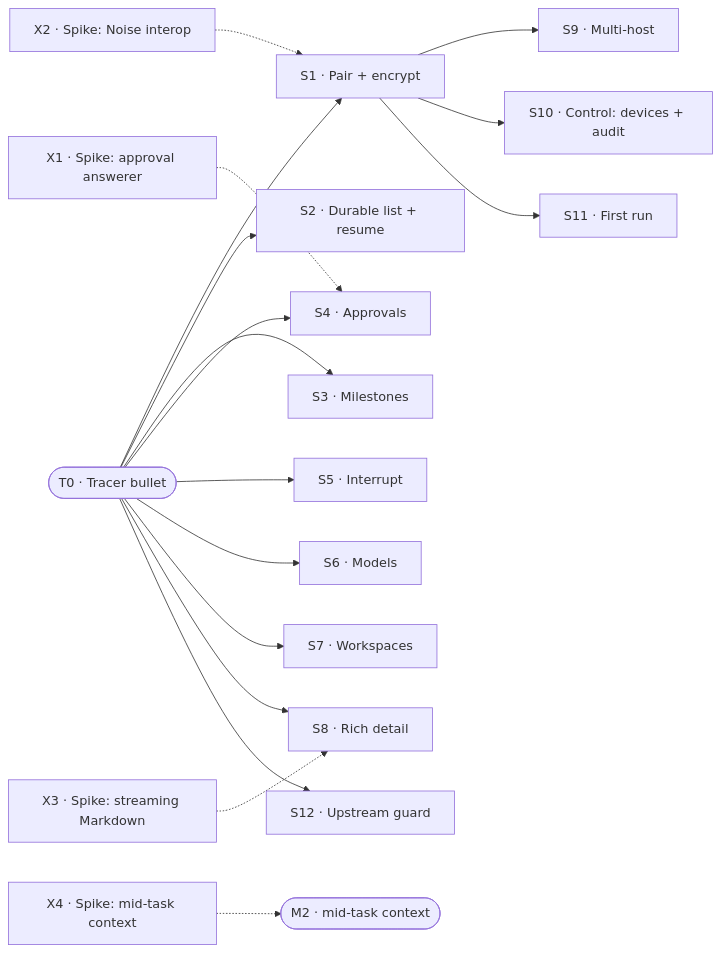
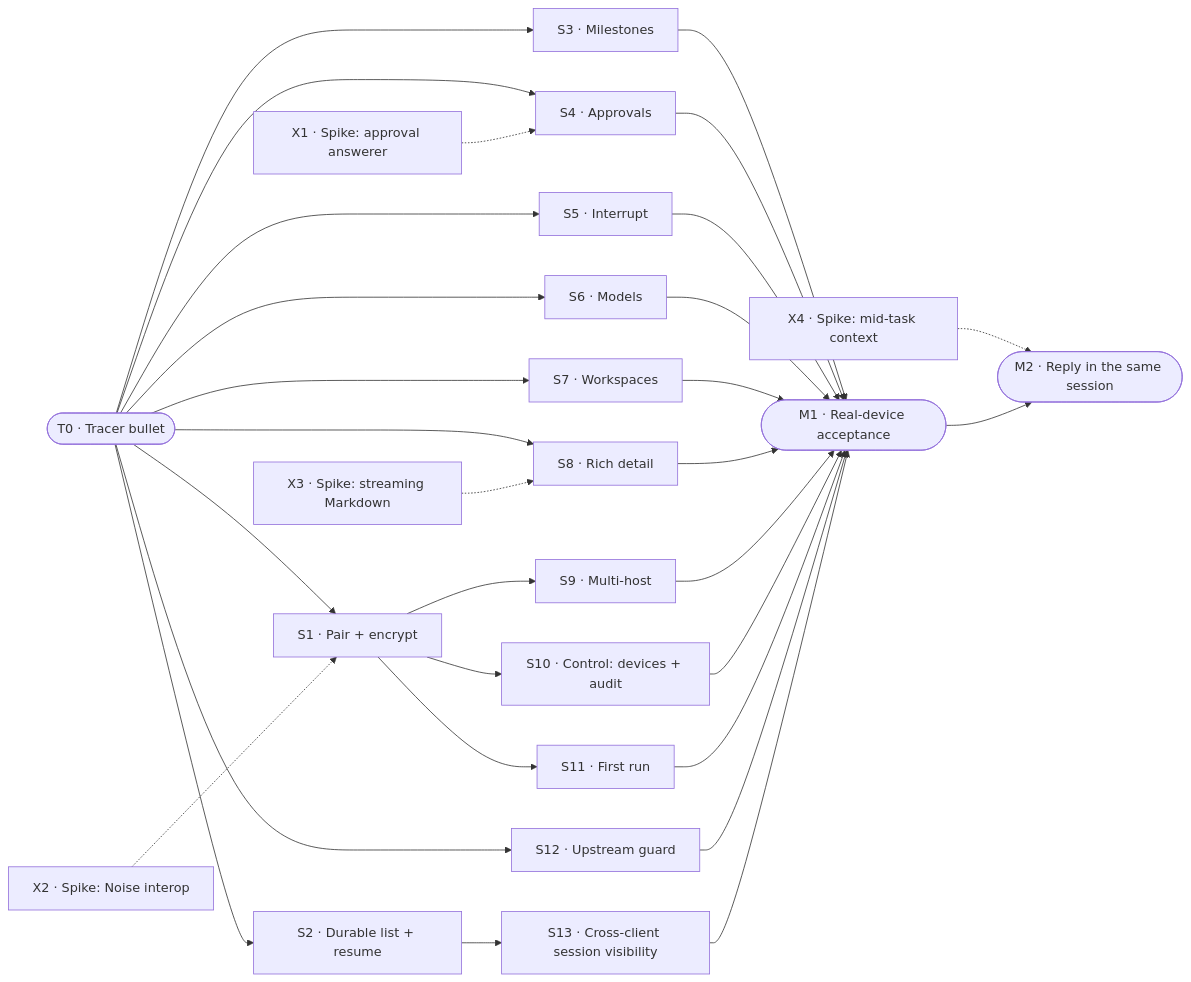
Before and after one commit to laichang/dsh-mobile: the diagram in PLAN.md, drawn with Mermaid. The commit also changed other lines of this file and 1 other file, not shown here.

Commit message:
Plan cross-client session visibility for M1

````diff
--- a/PLAN.md
+++ b/PLAN.md
@@ -84,28 +85,32 @@
 ```mermaid
 flowchart LR
     T0([T0 · Tracer bullet])
 
     X1[X1 · Spike: approval answerer]
     X2[X2 · Spike: Noise interop]
     X3[X3 · Spike: streaming Markdown]
     X4[X4 · Spike: mid-task context]
 
     T0 --> S1[S1 · Pair + encrypt]
     T0 --> S2[S2 · Durable list + resume]
     T0 --> S3[S3 · Milestones]
     T0 --> S4[S4 · Approvals]
     T0 --> S5[S5 · Interrupt]
     T0 --> S6[S6 · Models]
     T0 --> S7[S7 · Workspaces]
     T0 --> S8[S8 · Rich detail]
     T0 --> S12[S12 · Upstream guard]
+    S2 --> S13[S13 · Cross-client session visibility]
 
     X2 -.-> S1
     X1 -.-> S4
     X3 -.-> S8
-    X4 -.-> M2([M2 · mid-task context])
+    X4 -.-> M2([M2 · Reply in the same session])
 
     S1 --> S9[S9 · Multi-host]
     S1 --> S10[S10 · Control: devices + audit]
     S1 --> S11[S11 · First run]
+
+    S3 & S4 & S5 & S6 & S7 & S8 & S9 & S10 & S11 & S12 & S13 --> M1([M1 · Real-device acceptance])
+    M1 --> M2
 ```
````
